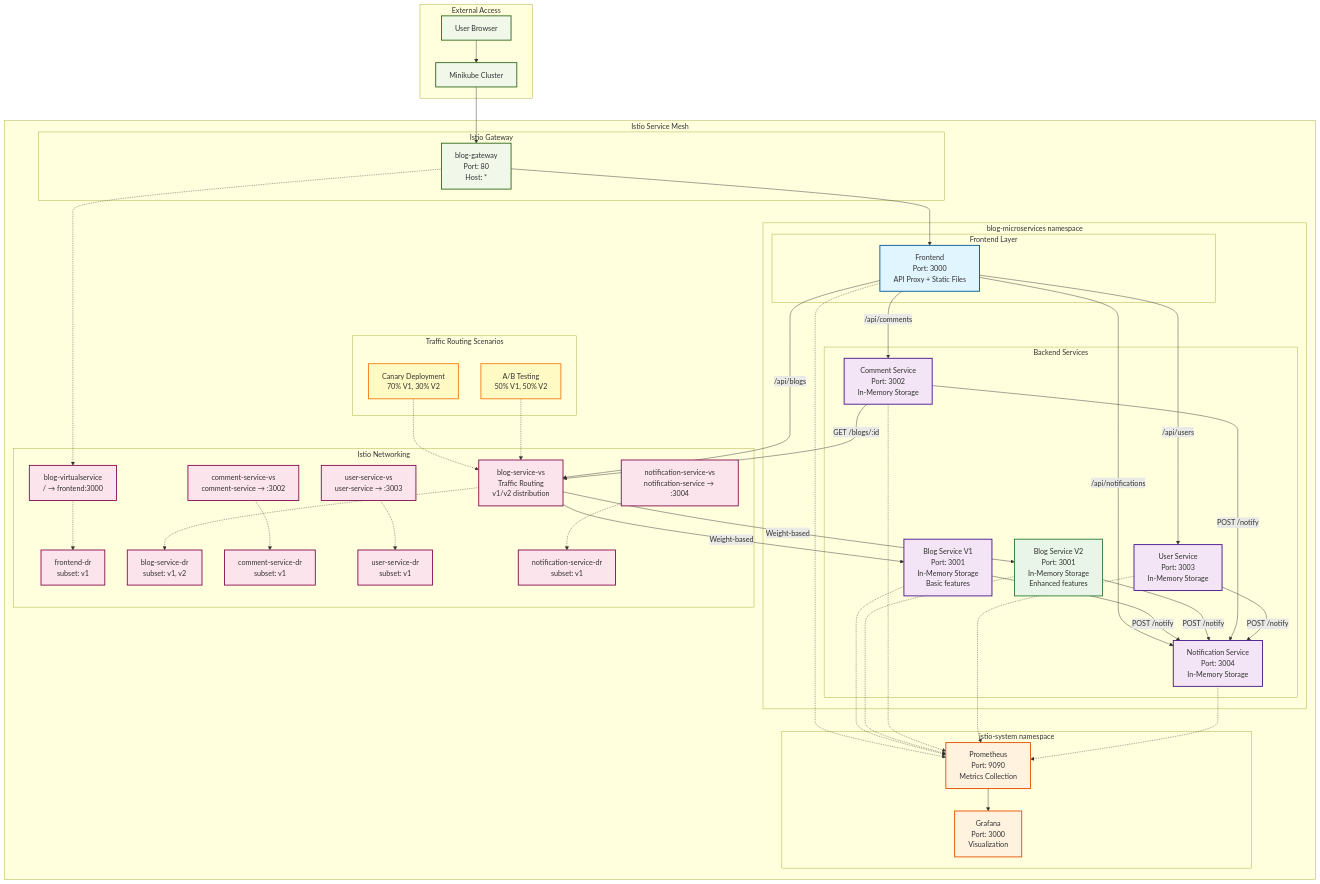
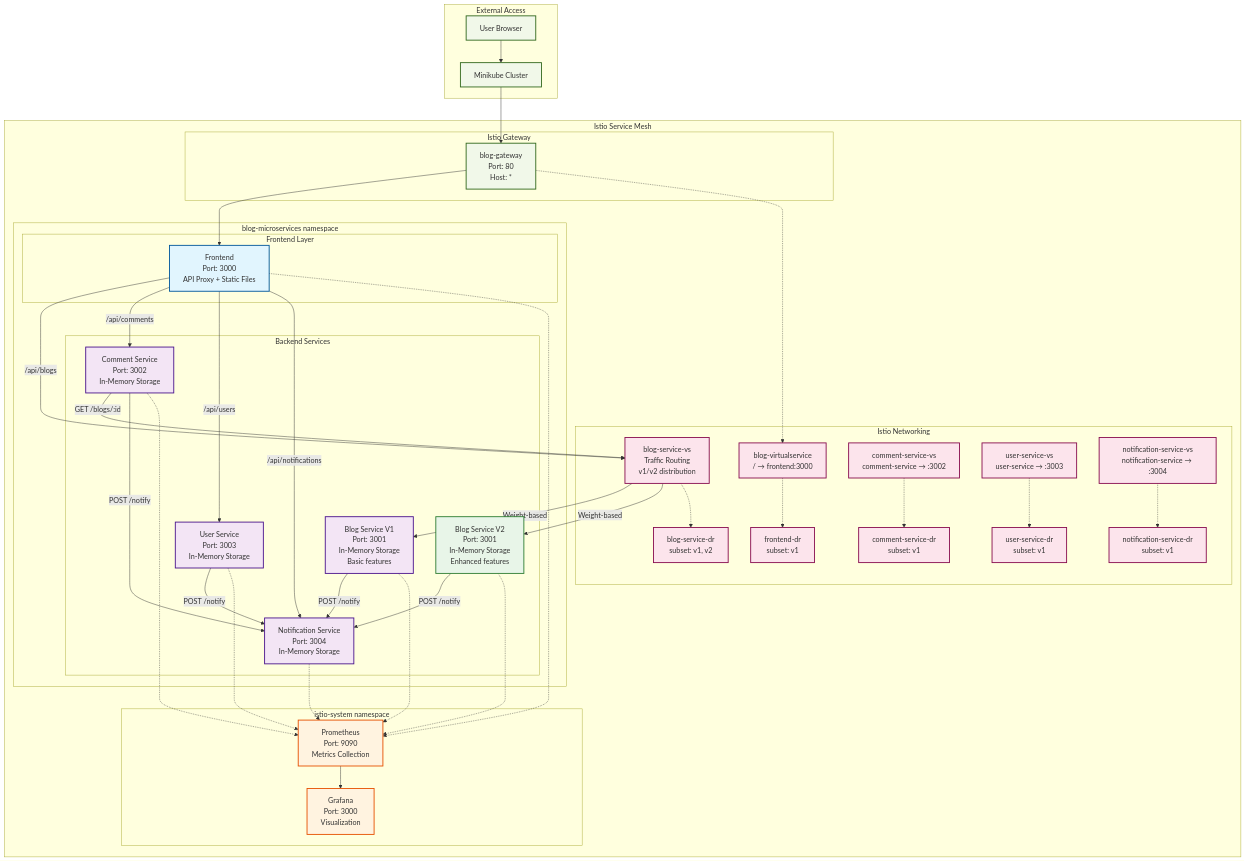
Before and after one commit to vvt911/blog-microservices: the first of 15 diagrams in docs/architecture-diagrams.md, drawn with Mermaid. The commit also changed other lines of this file, not shown here.

Commit message:
update diagram

```diff
--- a/docs/architecture-diagrams.md
+++ b/docs/architecture-diagrams.md
@@ -42,11 +42,6 @@
             DR5[notification-service-dr<br/>subset: v1]
         end
         
-        subgraph "Traffic Routing Scenarios"
-            Canary[Canary Deployment<br/>70% V1, 30% V2]
-            ABTest[A/B Testing<br/>50% V1, 50% V2]
-        end
-        
         subgraph "istio-system namespace"
             Prometheus[Prometheus<br/>Port: 9090<br/>Metrics Collection]
             Grafana[Grafana<br/>Port: 3000<br/>Visualization]
@@ -83,10 +78,6 @@
     VS4 -.-> DR4
     VS5 -.-> DR5
     
-    %% Traffic Scenarios
-    Canary -.-> VS2
-    ABTest -.-> VS2
-    
     %% Monitoring (Envoy Sidecar)
     Frontend -.-> Prometheus
     BlogServiceV1 -.-> Prometheus
```
